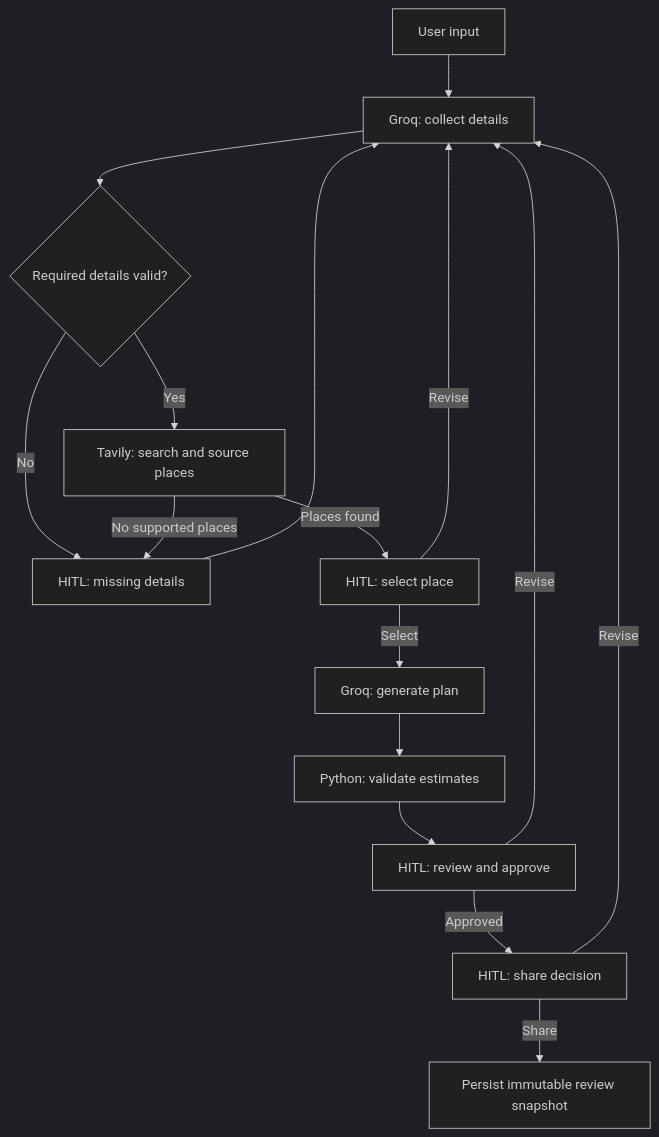
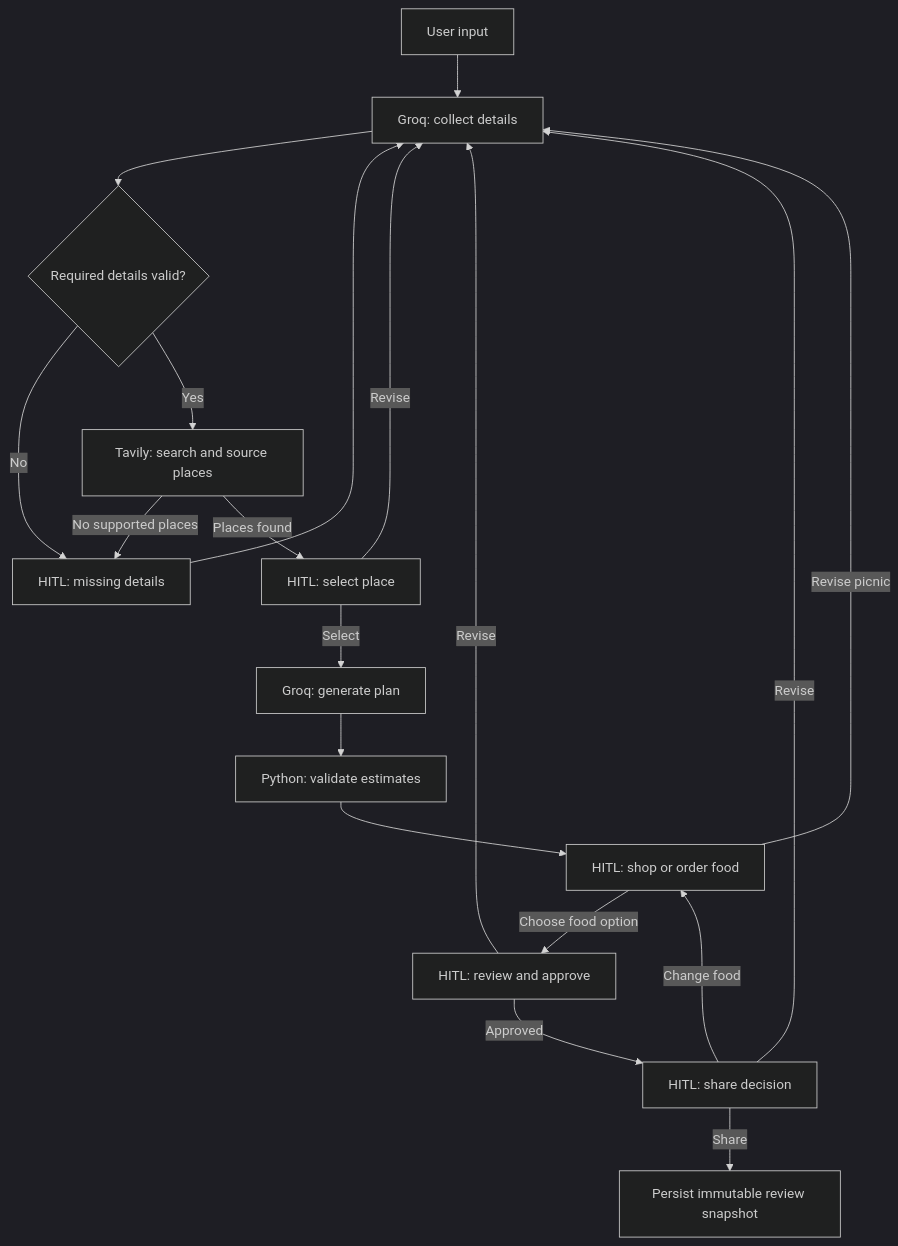
One commit to rmaimastery/smart_picnic_planner changed the diagram in README.md. Above: the diagram before and after it, drawn with Mermaid (dark theme). The commit also changed other lines of this file and 19 other files, not shown here.

````diff
--- a/README.md
+++ b/README.md
@@ -70,18 +75,21 @@
 ```mermaid
 flowchart TD
     A[User input] --> B[Groq: collect details]
     B --> C{Required details valid?}
     C -- No --> D[HITL: missing details]
     D --> B
     C -- Yes --> E[Tavily: search and source places]
     E -- No supported places --> D
     E -- Places found --> F[HITL: select place]
     F -- Revise --> B
     F -- Select --> G[Groq: generate plan]
     G --> H[Python: validate estimates]
-    H --> I[HITL: review and approve]
+    H --> FOOD[HITL: shop or order food]
+    FOOD -- Choose food option --> I[HITL: review and approve]
+    FOOD -- Revise picnic --> B
     I -- Revise --> B
     I -- Approved --> J[HITL: share decision]
     J -- Revise --> B
+    J -- Change food --> FOOD
     J -- Share --> K[Persist immutable review snapshot]
 ```
````
